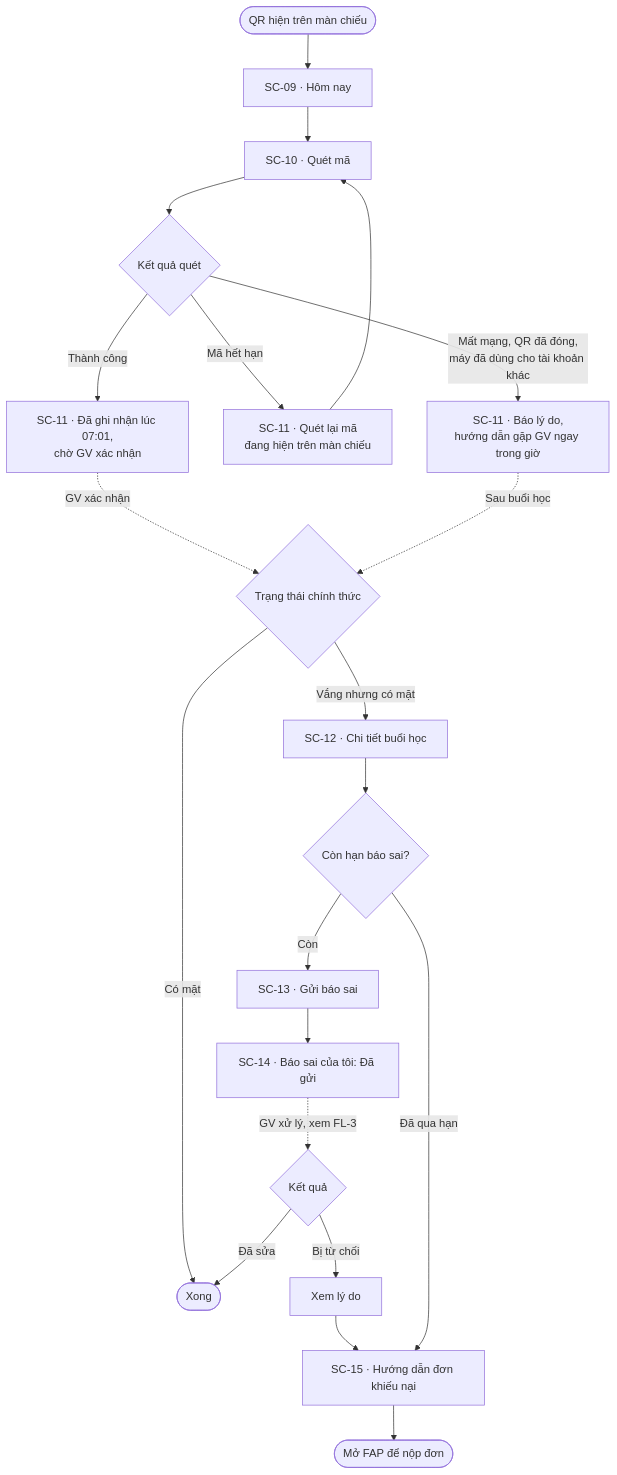
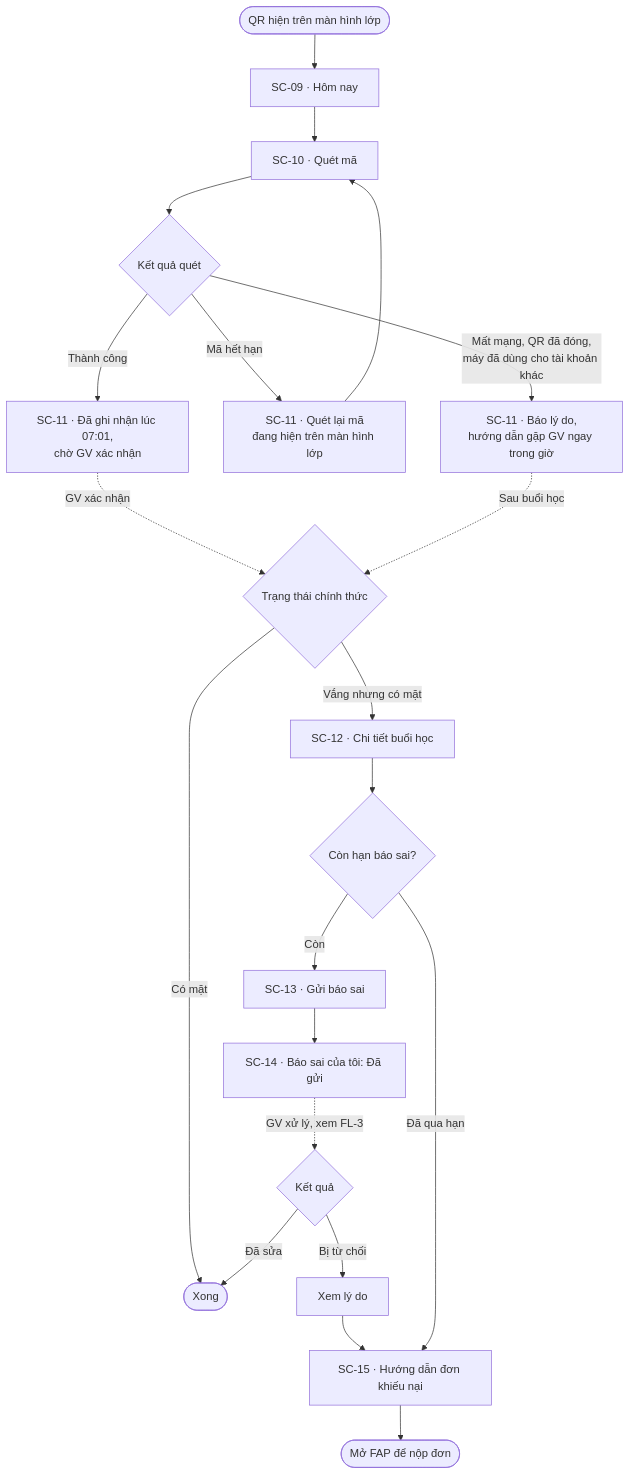
The third of 4 diagrams in ux/user-flow.md (thiengthb/prm323-lab2-SE190533-archieve), drawn with Mermaid before and after one commit. The commit also changed other lines of this file and 5 other files, not shown here.

````diff
--- a/ux/user-flow.md
+++ b/ux/user-flow.md
@@ -137,23 +137,23 @@
 ```mermaid
 flowchart TD
-    A([QR hiện trên màn chiếu]) --> B["SC-09 · Hôm nay"]
+    A([QR hiện trên màn hình lớp]) --> B["SC-09 · Hôm nay"]
     B --> C["SC-10 · Quét mã"]
     C --> D{"Kết quả quét"}
     D -->|Thành công| E["SC-11 · Đã ghi nhận lúc 07:01,<br/>chờ GV xác nhận"]
-    D -->|Mã hết hạn| F["SC-11 · Quét lại mã<br/>đang hiện trên màn chiếu"]
+    D -->|Mã hết hạn| F["SC-11 · Quét lại mã<br/>đang hiện trên màn hình lớp"]
     F --> C
     D -->|"Mất mạng, QR đã đóng,<br/>máy đã dùng cho tài khoản khác"| G["SC-11 · Báo lý do,<br/>hướng dẫn gặp GV ngay trong giờ"]
     E -.->|GV xác nhận| H{"Trạng thái chính thức"}
     G -.->|Sau buổi học| H
     H -->|Có mặt| Z([Xong])
     H -->|Vắng nhưng có mặt| I["SC-12 · Chi tiết buổi học"]
     I --> J{"Còn hạn báo sai?"}
     J -->|Còn| K["SC-13 · Gửi báo sai"]
     K --> L["SC-14 · Báo sai của tôi: Đã gửi"]
     L -.->|GV xử lý, xem FL-3| M{"Kết quả"}
     M -->|Đã sửa| Z
     M -->|Bị từ chối| N["Xem lý do"]
     N --> O["SC-15 · Hướng dẫn đơn khiếu nại"]
     J -->|Đã qua hạn| O
     O --> P([Mở FAP để nộp đơn])
 ```
````
